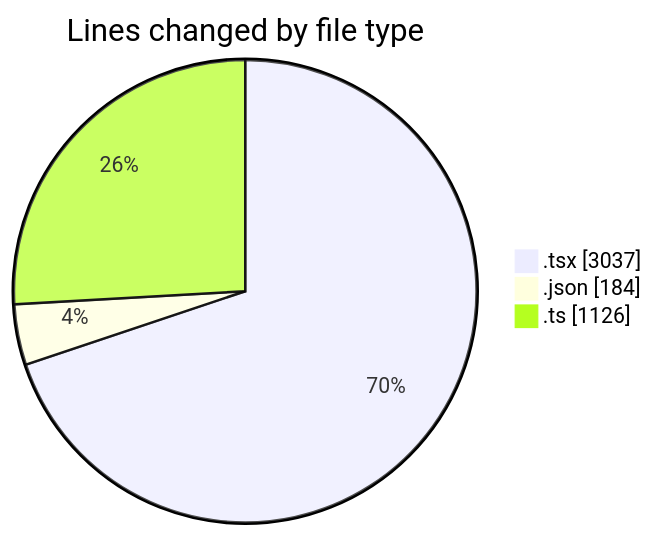
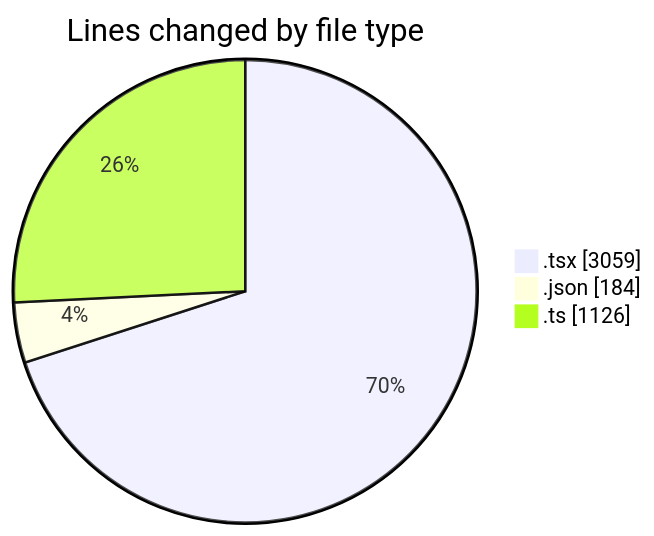
One commit to momahboobian/code-tracking changed the first of 2 diagrams in 2025-11-21/cda/README.md. Above: the diagram before and after it, drawn with Mermaid. The commit also changed other lines of this file and 1 other file, not shown here.

````diff
--- a/2025-11-21/cda/README.md
+++ b/2025-11-21/cda/README.md
@@ -27,7 +27,7 @@
 ```mermaid
 pie showData
 title Lines changed by file type
-".tsx" : 3037
+".tsx" : 3059
 ".json" : 184
 ".ts" : 1126
 ```
````
